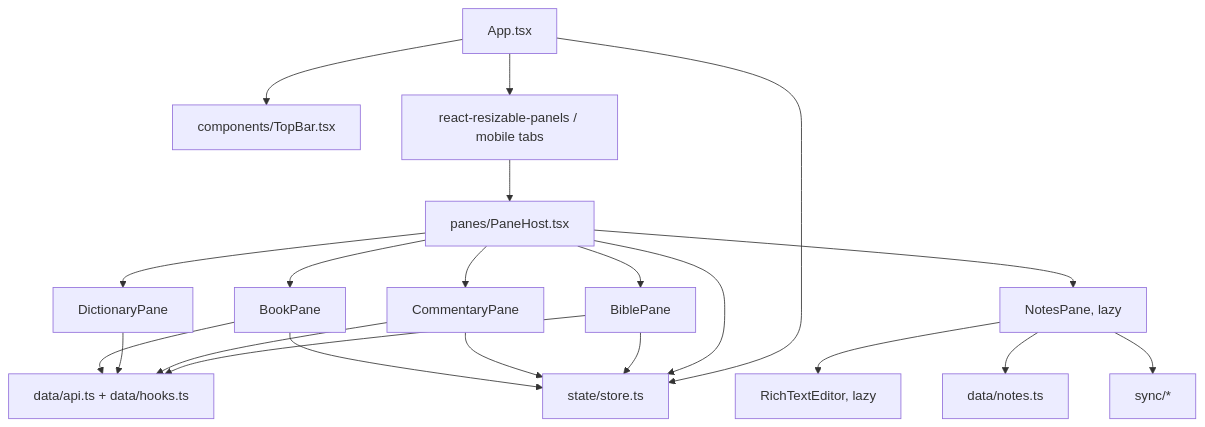
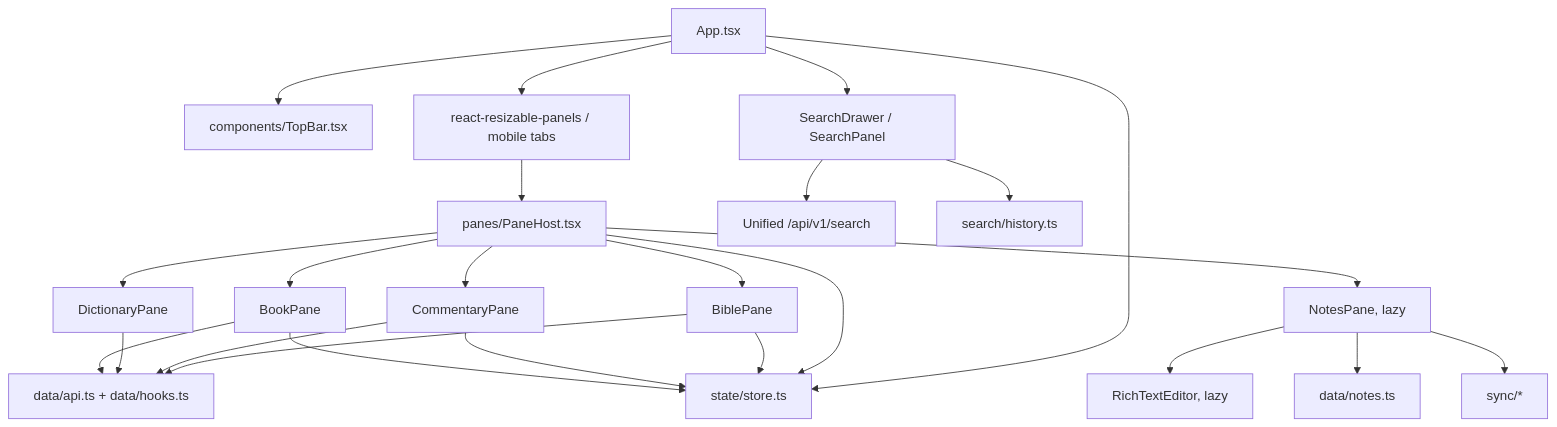
One commit to htrendafilov/DidacheDynamis changed the diagram in docs/developer/web-spa.md. Above: the diagram before and after it, drawn with Mermaid. The commit also changed other lines of this file and 23 other files, not shown here.

````diff
--- a/docs/developer/web-spa.md
+++ b/docs/developer/web-spa.md
@@ -9,16 +9,19 @@
 ```mermaid
 flowchart TD
     App[App.tsx] --> TopBar[components/TopBar.tsx]
+    App --> SearchDrawer[SearchDrawer / SearchPanel]
     App --> PanelGroup[react-resizable-panels / mobile tabs]
     PanelGroup --> Host[panes/PaneHost.tsx]
     Host --> Bible[BiblePane]
     Host --> Commentary[CommentaryPane]
     Host --> Dictionary[DictionaryPane]
     Host --> Book[BookPane]
     Host --> Notes[NotesPane, lazy]
     Notes --> Editor[RichTextEditor, lazy]
     Bible & Commentary & Dictionary & Book --> API[data/api.ts + data/hooks.ts]
     App & Host & Bible & Commentary & Book --> Store[state/store.ts]
     Notes --> Dexie[data/notes.ts]
     Notes --> Dropbox[sync/*]
+    SearchDrawer --> SearchAPI[Unified /api/v1/search]
+    SearchDrawer --> SearchHistory[search/history.ts]
 ```
````
